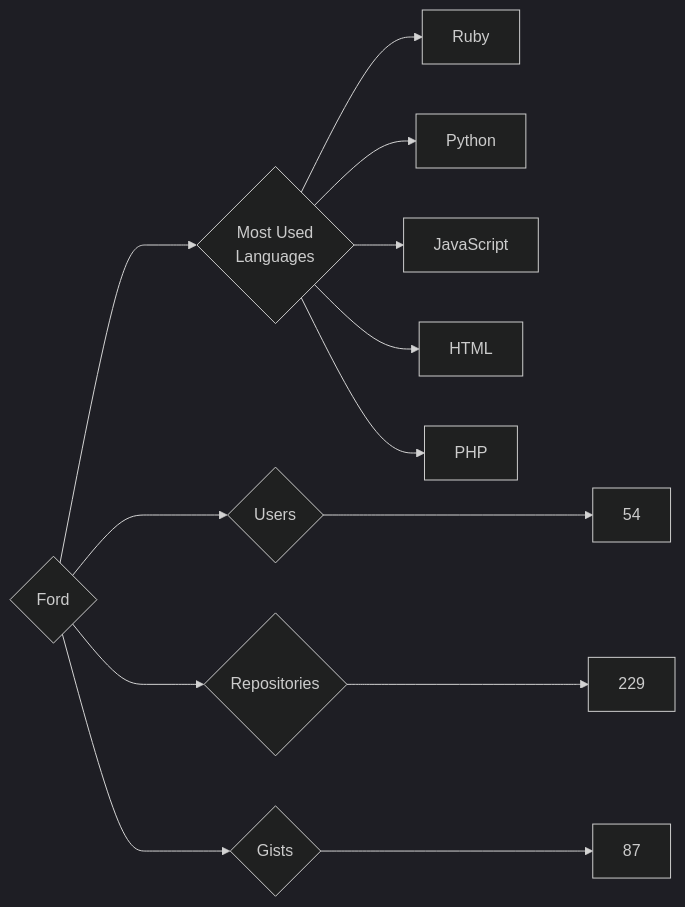
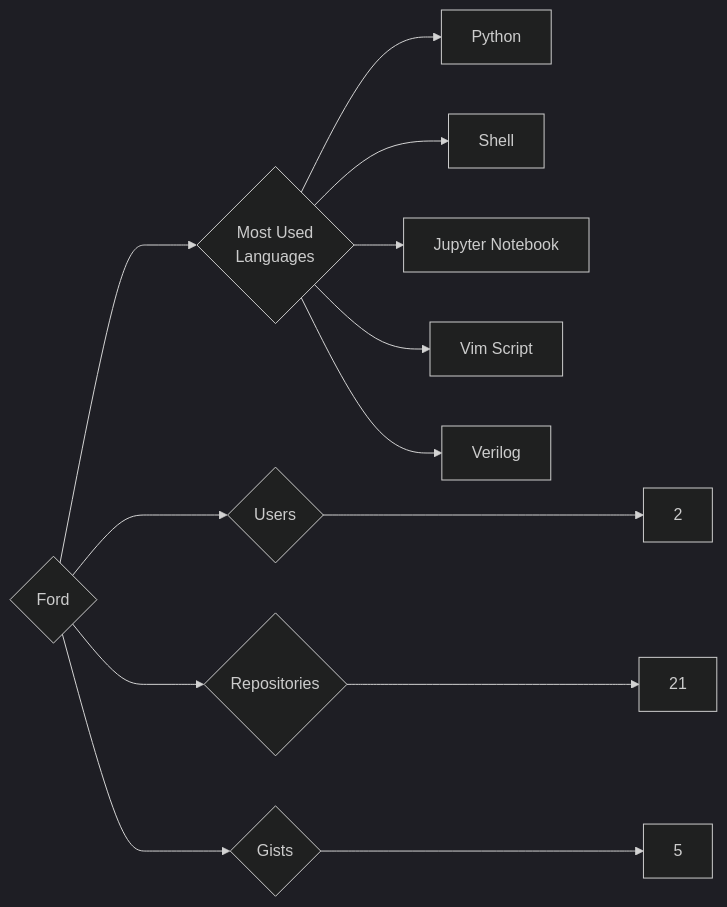
Before and after one commit to trickest/insiders: the diagram in targets/Ford/README.md, drawn with Mermaid (dark theme). The commit also changed 749 other files, not shown here.

````diff
--- a/targets/Ford/README.md
+++ b/targets/Ford/README.md
@@ -3,13 +3,13 @@
 ```mermaid
 graph LR
 COMPANY_NAME{Ford}
-COMPANY_NAME ---> U{Users} ---> UN[54]
-COMPANY_NAME ---> R{Repositories} ---> RN[229]
-COMPANY_NAME ---> G{Gists} ---> GN[87]
+COMPANY_NAME ---> U{Users} ---> UN[2]
+COMPANY_NAME ---> R{Repositories} ---> RN[21]
+COMPANY_NAME ---> G{Gists} ---> GN[5]
 COMPANY_NAME ---> ML{Most Used<br>Languages}
-ML --> Ruby[Ruby]
 ML --> Python[Python]
-ML --> JavaScript[JavaScript]
-ML --> HTML[HTML]
-ML --> PHP[PHP]
+ML --> Shell[Shell]
+ML --> Jupyter_Notebook[Jupyter Notebook]
+ML --> Vim_Script[Vim Script]
+ML --> Verilog[Verilog]
 ```
````
